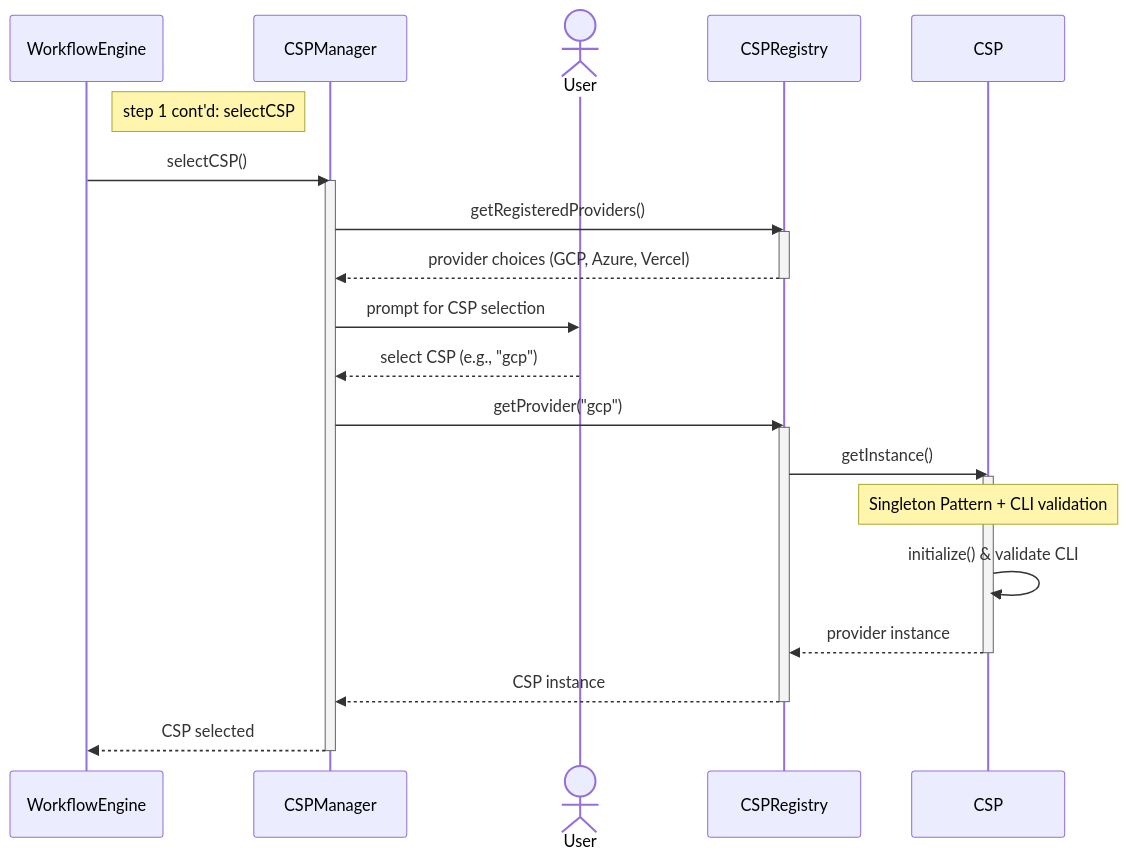
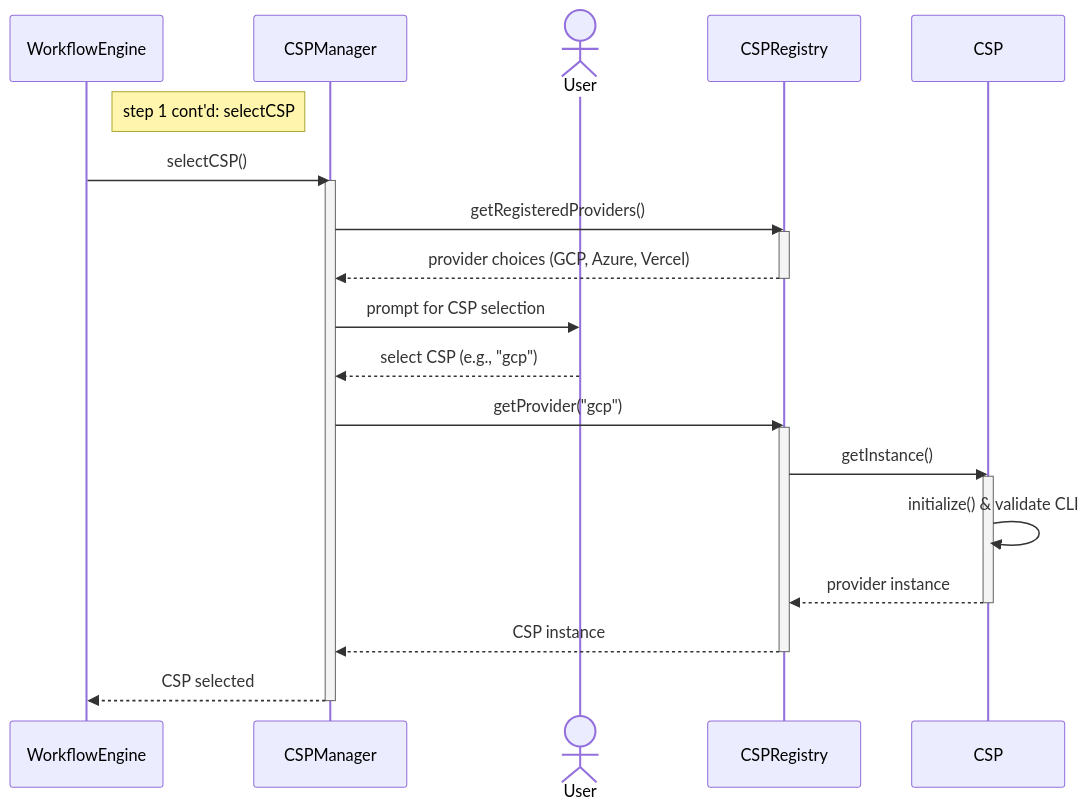
One commit to oscarmarcussen/master_diagram changed the diagram in sequence_diagrams/011_selectCSP.mmd. Above: the diagram before and after it, drawn with Mermaid. The commit also changed 2 other files, not shown here.

Commit message:
add terraform diagrams

```diff
--- a/sequence_diagrams/011_selectCSP.mmd
+++ b/sequence_diagrams/011_selectCSP.mmd
@@ -1,34 +1,33 @@
 ---
 config:
   theme: default
   look: classic
 ---
 sequenceDiagram
     participant WE as WorkflowEngine
     participant CSP as CSPManager
     actor User
     participant Registry as CSPRegistry
     participant Provider as CSP
 
     note right of WE: step 1 cont'd: selectCSP
     
     WE->>CSP: selectCSP()
     activate CSP
     CSP->>Registry: getRegisteredProviders()
     activate Registry
     Registry-->>CSP: provider choices (GCP, Azure, Vercel)
     deactivate Registry
     CSP->>User: prompt for CSP selection
     User-->>CSP: select CSP (e.g., "gcp")
     CSP->>Registry: getProvider("gcp")
     activate Registry
     Registry->>Provider: getInstance()
     activate Provider
-    note over Provider: Singleton Pattern + CLI validation
     Provider->>Provider: initialize() & validate CLI
     Provider-->>Registry: provider instance
     deactivate Provider
     Registry-->>CSP: CSP instance
     deactivate Registry
     CSP-->>WE: CSP selected
     deactivate CSP
```
